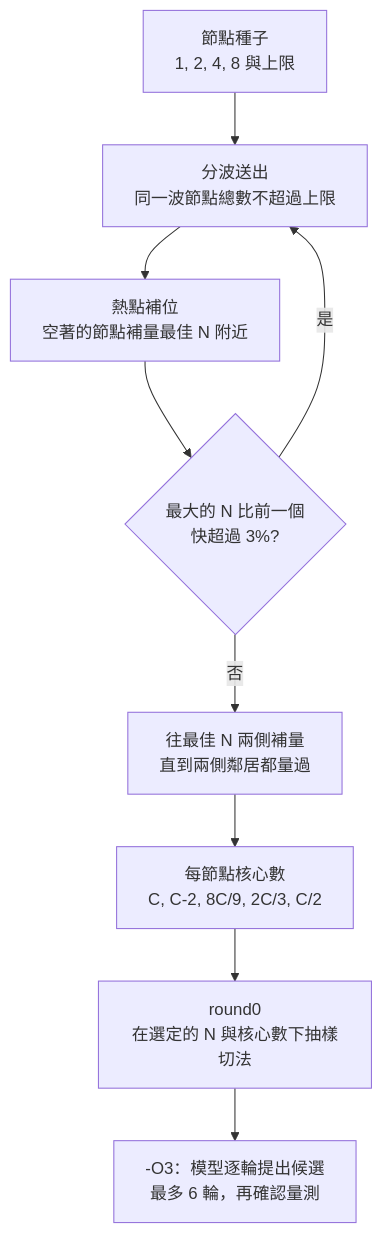
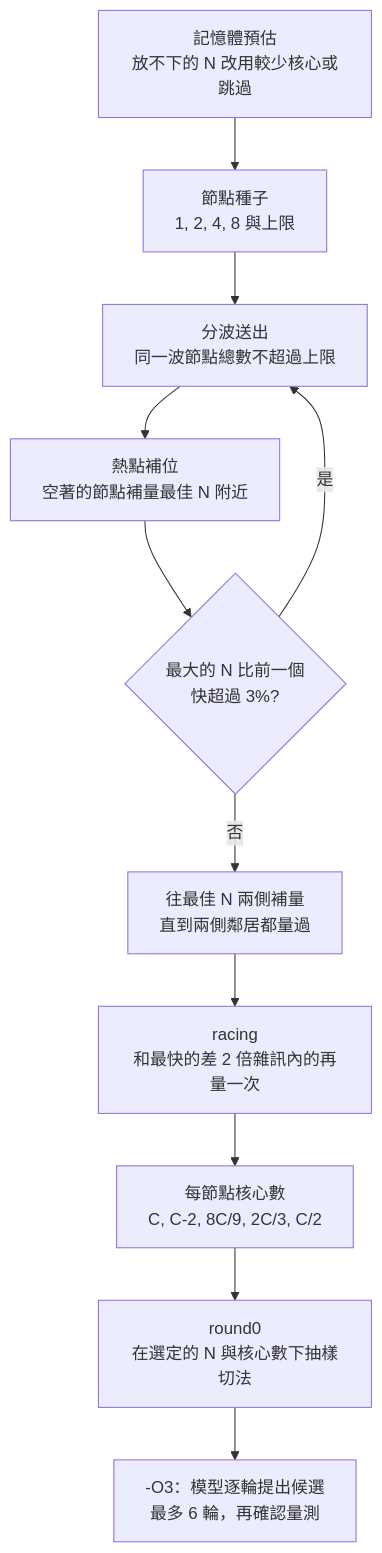
The second of 2 diagrams in docs/tutorial/tune.md (Noodle4219005/wtune), drawn with Mermaid before and after one commit. The commit also changed other lines of this file and 74 other files, not shown here.

````diff
--- a/docs/tutorial/tune.md
+++ b/docs/tutorial/tune.md
@@ -53,11 +53,13 @@
 ```mermaid
 flowchart TD
+    M[記憶體預估<br/>放不下的 N 改用較少核心或跳過] --> S
     S[節點種子<br/>1, 2, 4, 8 與上限] --> W[分波送出<br/>同一波節點總數不超過上限]
     W --> F[熱點補位<br/>空著的節點補量最佳 N 附近]
     F --> E{最大的 N 比前一個<br/>快超過 3%?}
     E -->|是| W
     E -->|否| R[往最佳 N 兩側補量<br/>直到兩側鄰居都量過]
-    R --> C[每節點核心數<br/>C, C-2, 8C/9, 2C/3, C/2]
+    R --> T[racing<br/>和最快的差 2 倍雜訊內的再量一次]
+    T --> C[每節點核心數<br/>C, C-2, 8C/9, 2C/3, C/2]
     C --> Z[round0<br/>在選定的 N 與核心數下抽樣切法]
     Z --> A[-O3：模型逐輪提出候選<br/>最多 6 輪，再確認量測]
 ```
````
